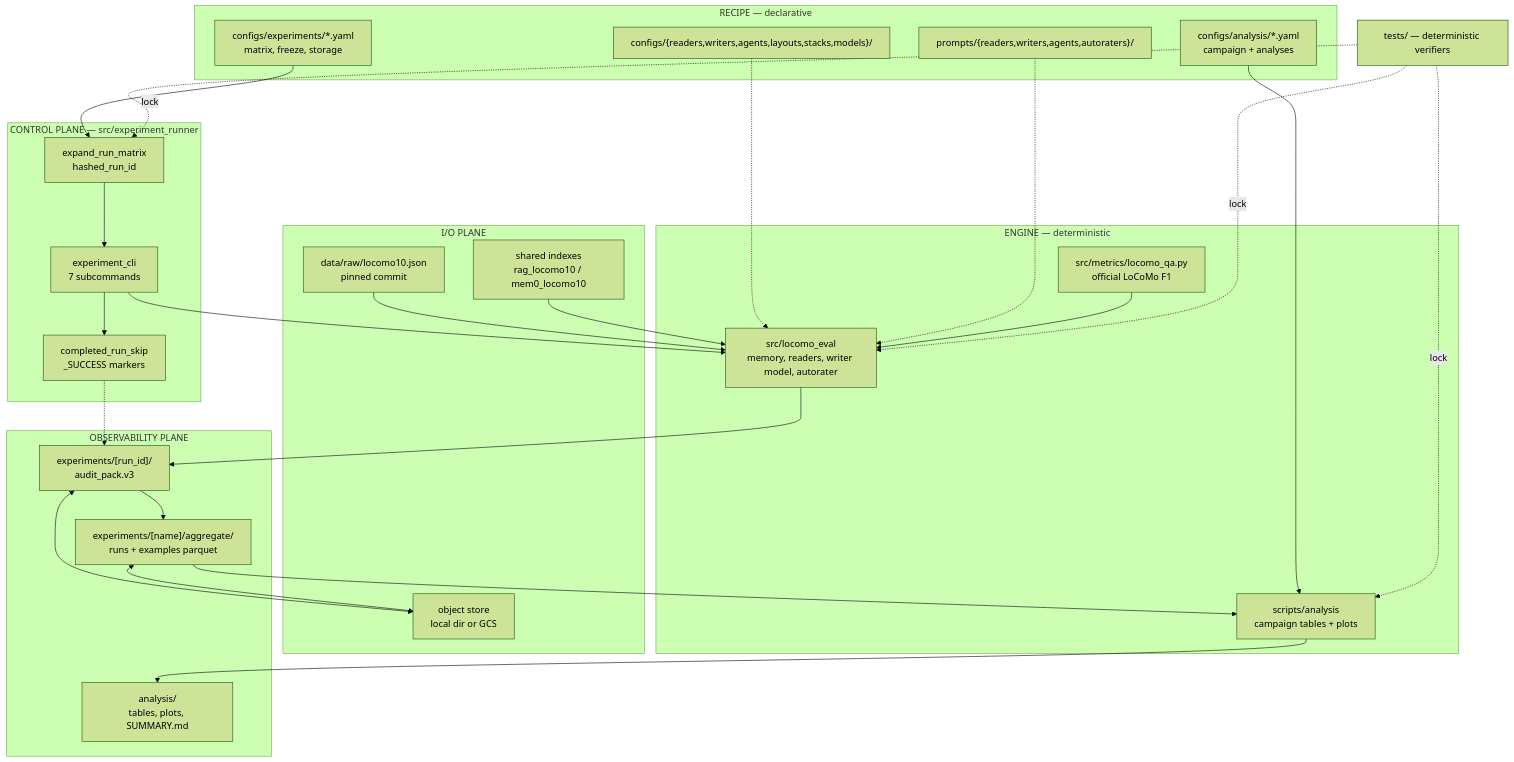
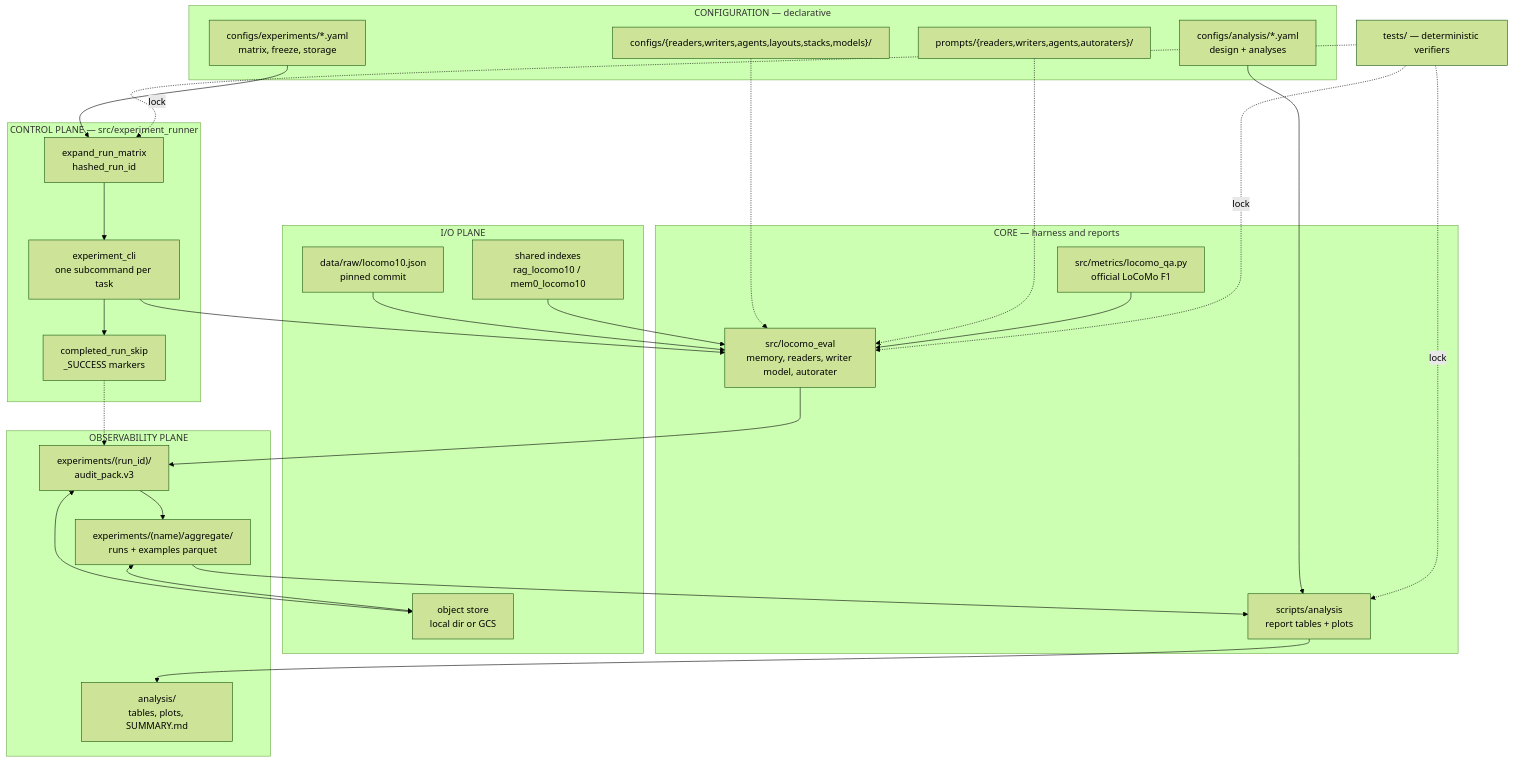
One commit to park-jsdev/long-term-memory-eval changed the first of 12 diagrams in docs/architecture.md. Above: the diagram before and after it, drawn with Mermaid (forest theme). The commit also changed other lines of this file and 43 other files, not shown here.

````diff
--- a/docs/architecture.md
+++ b/docs/architecture.md
@@ -43,53 +52,53 @@
 ```mermaid
 flowchart TB
-  subgraph RECIPE["RECIPE — declarative"]
+  subgraph RECIPE["CONFIGURATION — declarative"]
     XC["configs/experiments/*.yaml<br/>matrix, freeze, storage"]
-    AC["configs/analysis/*.yaml<br/>campaign + analyses"]
+    AC["configs/analysis/*.yaml<br/>design + analyses"]
     CC["configs/{readers,writers,agents,layouts,stacks,models}/"]
     PR["prompts/{readers,writers,agents,autoraters}/"]
   end
 
   subgraph CONTROL["CONTROL PLANE — src/experiment_runner"]
     EXP["expand_run_matrix<br/>hashed_run_id"]
-    CLI["experiment_cli<br/>7 subcommands"]
+    CLI["experiment_cli<br/>one subcommand per task"]
     SKIP["completed_run_skip<br/>_SUCCESS markers"]
   end
 
-  subgraph ENGINE["ENGINE — deterministic"]
+  subgraph ENGINE["CORE — harness and reports"]
     LE["src/locomo_eval<br/>memory, readers, writer model, autorater"]
     MET["src/metrics/locomo_qa.py<br/>official LoCoMo F1"]
-    AN["scripts/analysis<br/>campaign tables + plots"]
+    AN["scripts/analysis<br/>report tables + plots"]
   end
 
   subgraph DATA["I/O PLANE"]
     DS["data/raw/locomo10.json<br/>pinned commit"]
     IX["shared indexes<br/>rag_locomo10 / mem0_locomo10"]
     ST["object store<br/>local dir or GCS"]
   end
 
   subgraph AUDIT["OBSERVABILITY PLANE"]
-    PACK["experiments/[run_id]/<br/>audit_pack.v3"]
-    AGG["experiments/[name]/aggregate/<br/>runs + examples parquet"]
+    PACK["experiments/(run_id)/<br/>audit_pack.v3"]
+    AGG["experiments/(name)/aggregate/<br/>runs + examples parquet"]
     REP["analysis/<br/>tables, plots, SUMMARY.md"]
   end
 
   TESTS["tests/ — deterministic verifiers"]
 
   XC --> EXP --> CLI
   AC --> AN
   CC -.-> LE
   PR -.-> LE
   DS --> LE
   IX --> LE
   CLI --> LE
   CLI --> SKIP
   SKIP -.-> PACK
   LE --> PACK
   MET --> LE
   PACK --> AGG --> AN --> REP
   PACK <--> ST
   AGG <--> ST
   TESTS -.->|lock| EXP
   TESTS -.->|lock| LE
   TESTS -.->|lock| AN
 ```
````
